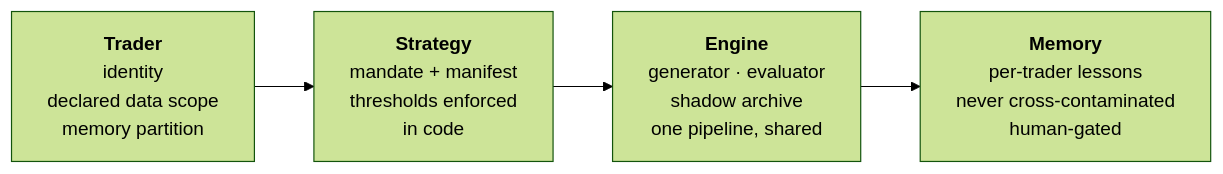
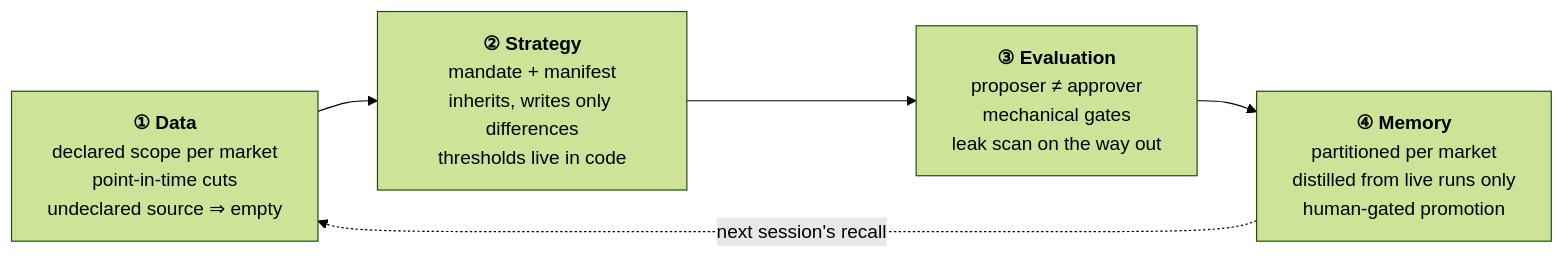
Before and after one commit to oldjack233/oldjack233: the first of 2 diagrams in README.md, drawn with Mermaid (forest theme). The commit also changed other lines of this file, not shown here.

First line of the commit message:
Rebuild architecture on data / strategy / evaluation / memory; drop fold toggles

````diff
--- a/README.md
+++ b/README.md
@@ -36,8 +39,9 @@
 ```mermaid
 flowchart LR
-    T["<b>Trader</b><br/>identity<br/>declared data scope<br/>memory partition"]
-    S["<b>Strategy</b><br/>mandate + manifest<br/>thresholds enforced<br/>in code"]
-    E["<b>Engine</b><br/>generator · evaluator<br/>shadow archive<br/>one pipeline, shared"]
-    M["<b>Memory</b><br/>per-trader lessons<br/>never cross-contaminated<br/>human-gated"]
-    T --> S --> E --> M
+    D["<b>① Data</b><br/>declared scope per market<br/>point-in-time cuts<br/>undeclared source ⇒ empty"]
+    S["<b>② Strategy</b><br/>mandate + manifest<br/>inherits, writes only differences<br/>thresholds live in code"]
+    E["<b>③ Evaluation</b><br/>proposer ≠ approver<br/>mechanical gates<br/>leak scan on the way out"]
+    M["<b>④ Memory</b><br/>partitioned per market<br/>distilled from live runs only<br/>human-gated promotion"]
+    D --> S --> E --> M
+    M -. "next session's recall" .-> D
 ```
````
